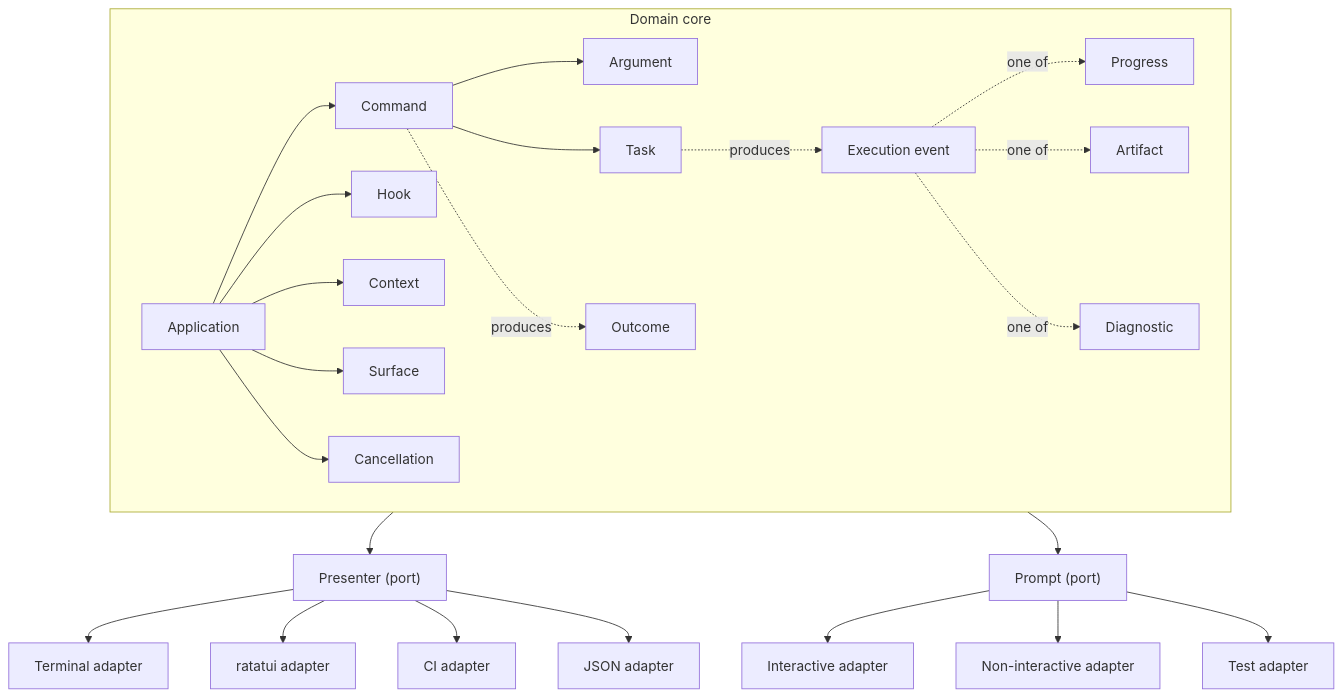
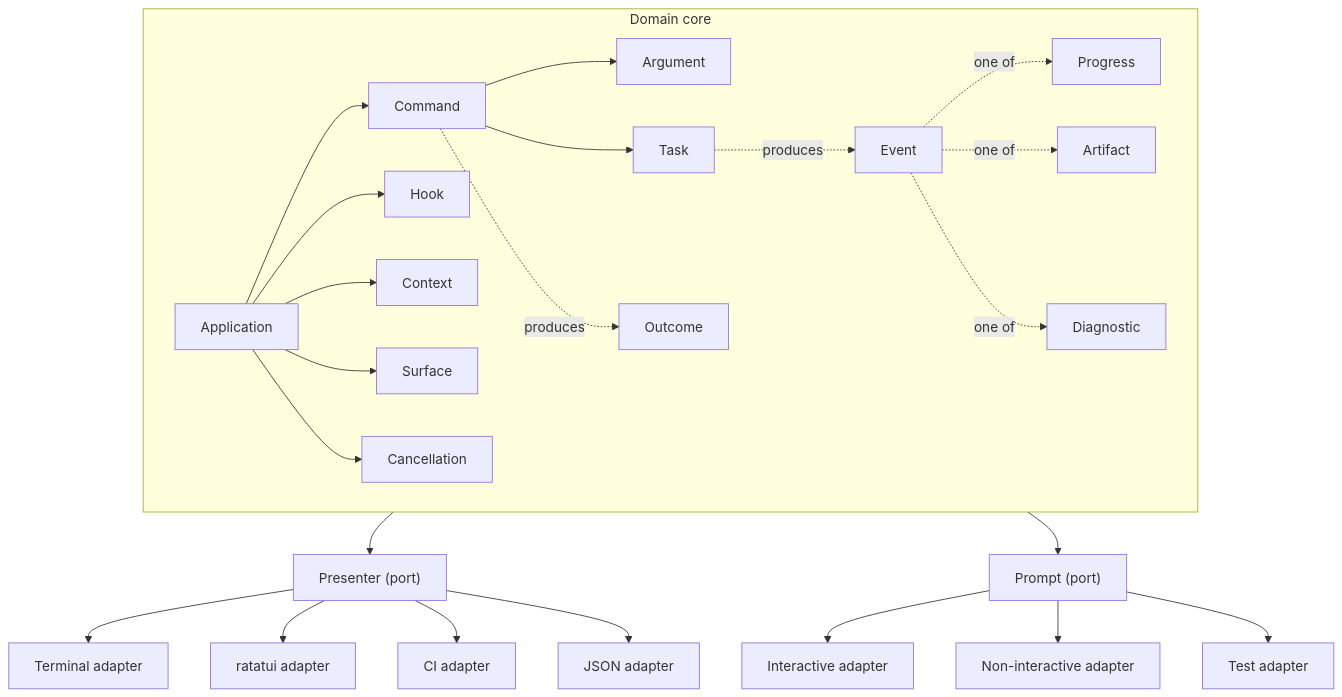
One commit to aonyx-ai/clawless changed the first of 4 diagrams in specs/architecture.md. Above: the diagram before and after it, drawn with Mermaid. The commit also changed other lines of this file and 8 other files, not shown here.

````diff
--- a/specs/architecture.md
+++ b/specs/architecture.md
@@ -29,28 +29,28 @@
 ```mermaid
 flowchart TB
     subgraph domain["Domain core"]
         App[Application]
         App --> Cmd[Command]
         App --> Hook[Hook]
         App --> Ctx[Context]
         App --> Sfc[Surface]
         App --> Cancel[Cancellation]
         Cmd --> Arg[Argument]
         Cmd --> Task
-        Task -.->|produces| EE[Execution event]
+        Task -.->|produces| EE[Event]
         EE -.->|one of| Progress & Artifact & Diagnostic
         Cmd -.->|produces| Outcome
     end
 
     domain --> presenter["Presenter (port)"]
     domain --> prompt["Prompt (port)"]
 
     presenter --> terminal["Terminal adapter"]
     presenter --> ratatui["ratatui adapter"]
     presenter --> ci["CI adapter"]
     presenter --> json["JSON adapter"]
 
     prompt --> interactive["Interactive adapter"]
     prompt --> noninteractive["Non-interactive adapter"]
     prompt --> test["Test adapter"]
 ```
````
